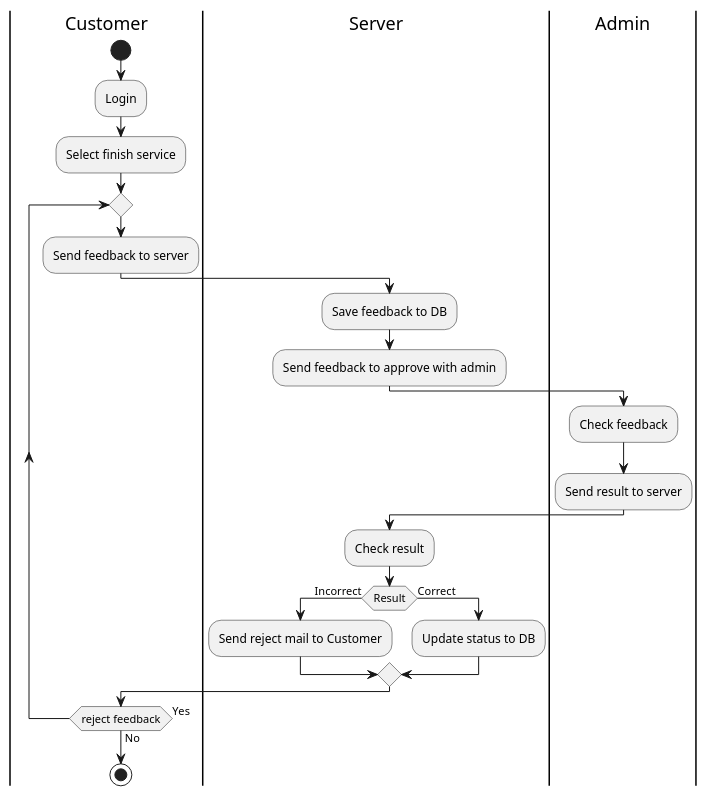
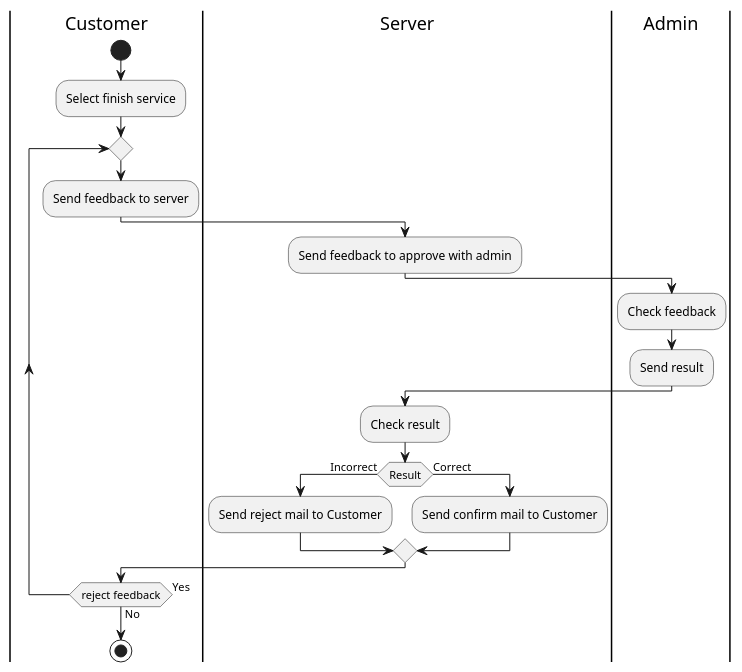
Before and after one commit to Nxwbtk/SA-Diagram: the seventh of 7 diagrams in activity-diagram.plantuml, drawn with PlantUML. The commit also changed other lines of this file and 9 other files, not shown here.

```diff
--- a/activity-diagram.plantuml
+++ b/activity-diagram.plantuml
@@ -213,25 +186,23 @@
 @startuml
 |Customer|
 start
-:Login;
 :Select finish service;
 repeat
 :Send feedback to server;
 |Server|
-:Save feedback to DB;
 :Send feedback to approve with admin;
 |Admin|
 :Check feedback;
-:Send result to server;
+:Send result;
 |Server|
 :Check result;
 if (Result) is (Incorrect) then
 	:Send reject mail to Customer;
 else (Correct)
 	|Server|
-	:Update status to DB;
+	:Send confirm mail to Customer;
 endif
 |Customer|
 repeat while (reject feedback) is (Yes) not (No)
 stop
 @enduml
```
